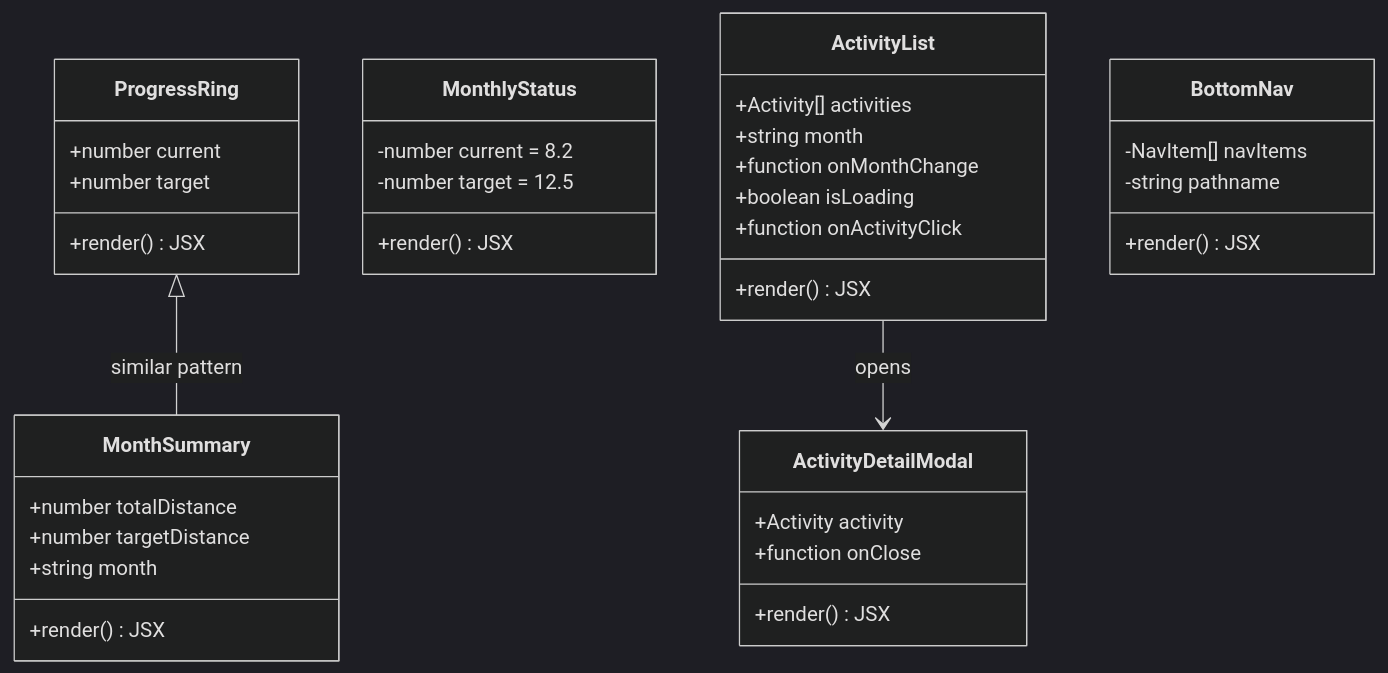
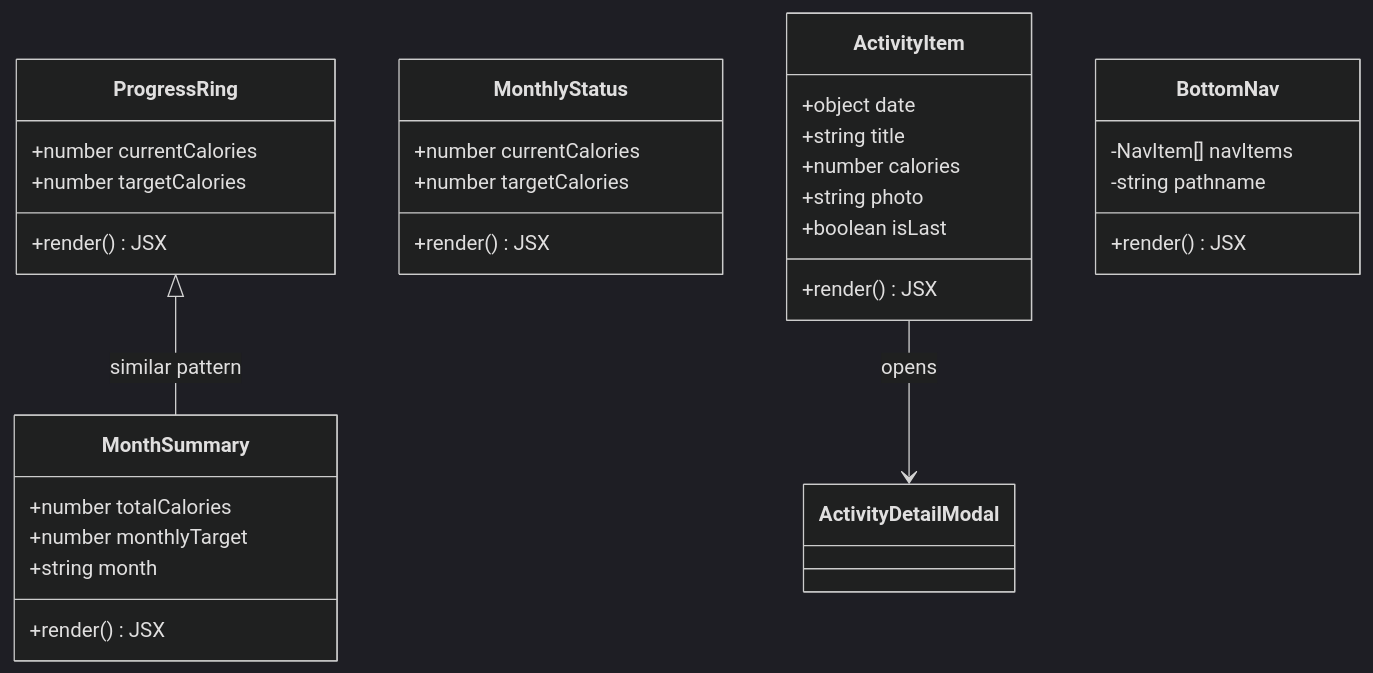
One commit to ilhaminudin24/ITDigital-wellbeing changed the tenth of 10 diagrams in docs/project_analysis.md. Above: the diagram before and after it, drawn with Mermaid (dark theme). The commit also changed other lines of this file and 8 other files, not shown here.

````diff
--- a/docs/project_analysis.md
+++ b/docs/project_analysis.md
@@ -488,45 +479,39 @@
 ```mermaid
 classDiagram
     class ProgressRing {
-        +number current
-        +number target
+        +number currentCalories
+        +number targetCalories
         +render() JSX
     }
     
     class MonthlyStatus {
-        -number current = 8.2
-        -number target = 12.5
+        +number currentCalories
+        +number targetCalories
         +render() JSX
     }
     
     class MonthSummary {
-        +number totalDistance
-        +number targetDistance
+        +number totalCalories
+        +number monthlyTarget
         +string month
         +render() JSX
     }
     
-    class ActivityList {
-        +Activity[] activities
-        +string month
-        +function onMonthChange
-        +boolean isLoading
-        +function onActivityClick
-        +render() JSX
-    }
-    
-    class ActivityDetailModal {
-        +Activity activity
-        +function onClose
+    class ActivityItem {
+        +object date
+        +string title
+        +number calories
+        +string photo
+        +boolean isLast
         +render() JSX
     }
     
     class BottomNav {
         -NavItem[] navItems
         -string pathname
         +render() JSX
     }
 
-    ActivityList --> ActivityDetailModal : opens
+    ActivityItem --> ActivityDetailModal : opens
     ProgressRing <|-- MonthSummary : similar pattern
 ```
````
